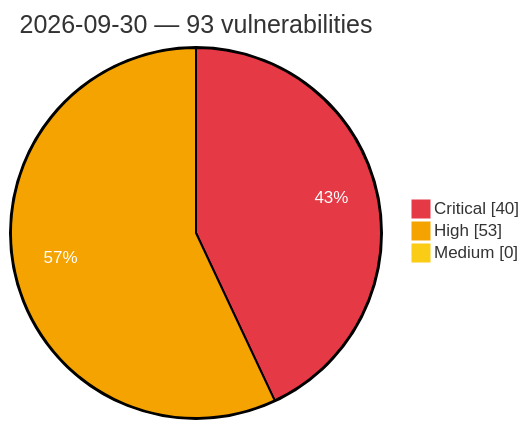
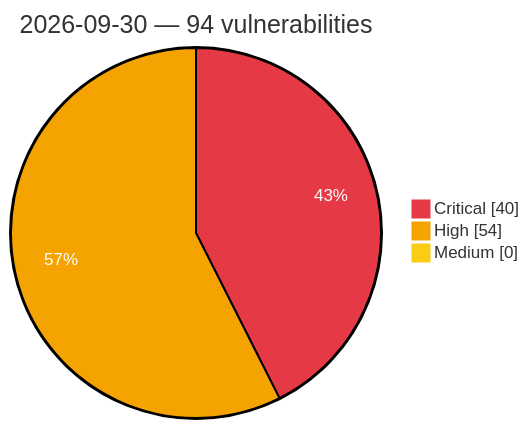
The diagram in vulnerabilities/2026/September/2026-09-30.md (GhostX0X/vuln-tracker), drawn with Mermaid before and after one commit. The commit also changed other lines of this file and 5 other files, not shown here.

````diff
--- a/vulnerabilities/2026/September/2026-09-30.md
+++ b/vulnerabilities/2026/September/2026-09-30.md
@@ -3,8 +3,8 @@
 ```mermaid
 %%{init: {'theme':'base', 'themeVariables': {'pie1':'#e63946', 'pie2':'#f4a300', 'pie3':'#facc15', 'pieOpacity':'1', 'pieOuterStrokeWidth':'2px', 'pieSectionTextColor':'#ffffff'}}}%%
 pie showData
-    title 2026-09-30 — 93 vulnerabilities
+    title 2026-09-30 — 94 vulnerabilities
     "Critical" : 40
-    "High" : 53
+    "High" : 54
     "Medium" : 0
 ```
````
